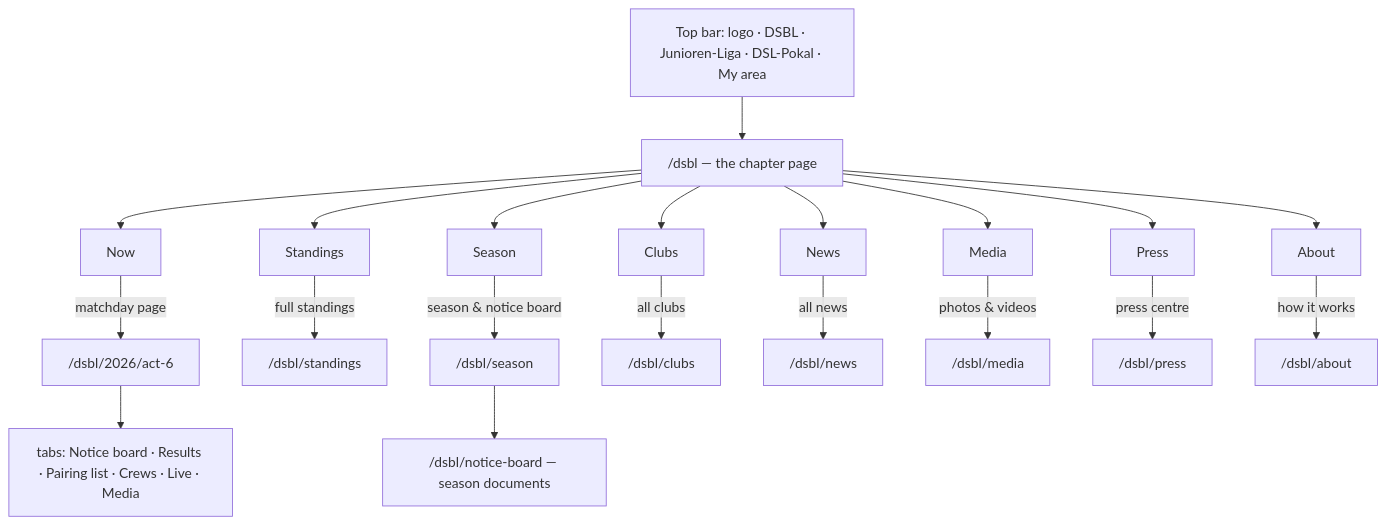
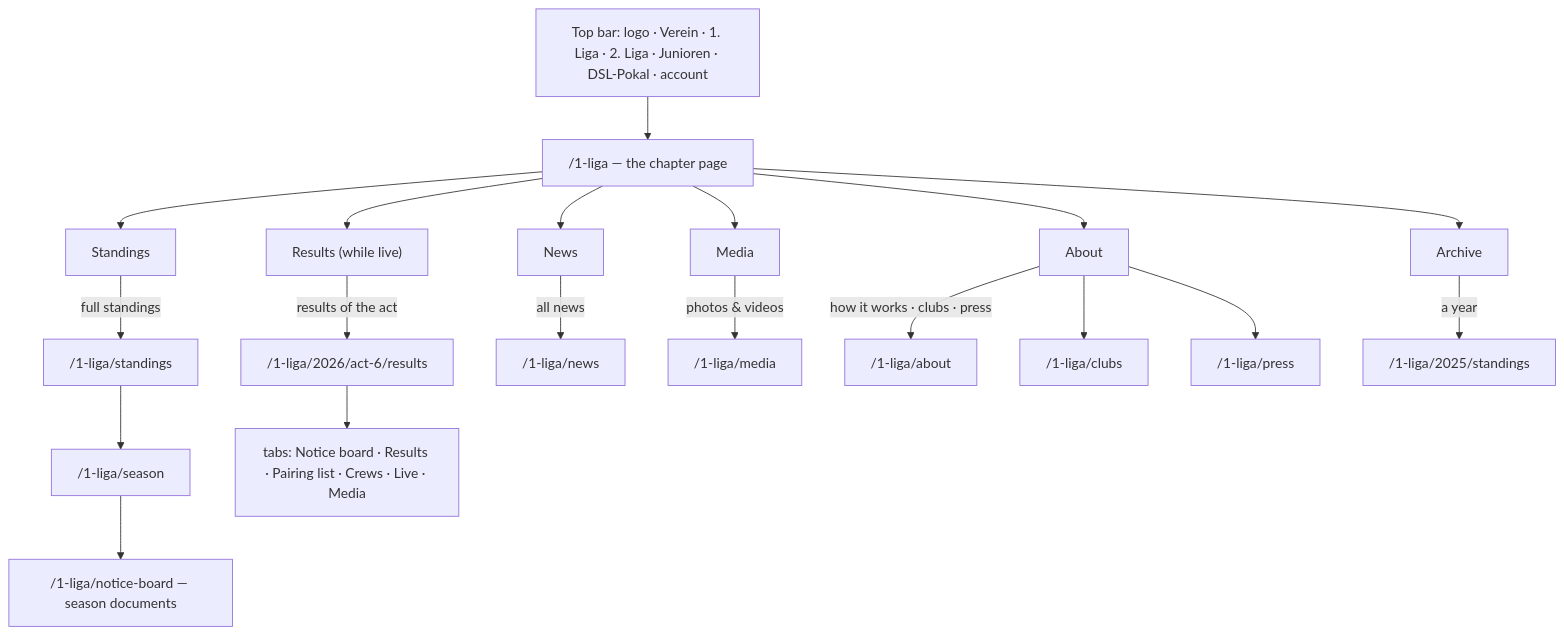
Before and after one commit to gundramleifert/segel-bundesliga: the diagram in docs/site-structure.md, drawn with Mermaid. The commit also changed other lines of this file and 16 other files, not shown here.

First line of the commit message:
Site navigation: Verein, 1. Liga, 2. Liga, Junioren, DSL-Pokal; chapters titled by name

````diff
--- a/docs/site-structure.md
+++ b/docs/site-structure.md
@@ -54,16 +60,16 @@
 ```mermaid
 flowchart TD
-  top["Top bar: logo · DSBL · Junioren-Liga · DSL-Pokal · My area"]
-  top --> lg["/dsbl — the chapter page"]
-  lg --> ch1["Now"] & ch2["Standings"] & ch3["Season"] & ch4["Clubs"] & ch5["News"] & ch6["Media"] & ch7["Press"] & ch8["About"]
-  ch1 -->|"matchday page"| p1["/dsbl/2026/act-6"]
-  ch2 -->|"full standings"| p2["/dsbl/standings"]
-  ch3 -->|"season & notice board"| p3["/dsbl/season"]
-  ch4 -->|"all clubs"| p4["/dsbl/clubs"]
-  ch5 -->|"all news"| p5["/dsbl/news"]
-  ch6 -->|"photos & videos"| p6["/dsbl/media"]
-  ch7 -->|"press centre"| p7["/dsbl/press"]
-  ch8 -->|"how it works"| p8["/dsbl/about"]
-  p3 --> nb["/dsbl/notice-board — season documents"]
+  top["Top bar: logo · Verein · 1. Liga · 2. Liga · Junioren · DSL-Pokal · account"]
+  top --> lg["/1-liga — the chapter page"]
+  lg --> ch1["Standings"] & ch2["Results (while live)"] & ch3["News"] & ch4["Media"] & ch5["About"] & ch6["Archive"]
+  ch1 -->|"full standings"| p2["/1-liga/standings"]
+  ch2 -->|"results of the act"| p1["/1-liga/2026/act-6/results"]
+  ch3 -->|"all news"| p5["/1-liga/news"]
+  ch4 -->|"photos & videos"| p6["/1-liga/media"]
+  ch5 -->|"how it works · clubs · press"| p8["/1-liga/about"]
+  ch5 --> p4["/1-liga/clubs"] & p7["/1-liga/press"]
+  ch6 -->|"a year"| p9["/1-liga/2025/standings"]
+  p2 --> p3["/1-liga/season"]
+  p3 --> nb["/1-liga/notice-board — season documents"]
   p1 --> tabs["tabs: Notice board · Results · Pairing list · Crews · Live · Media"]
 ```
````
